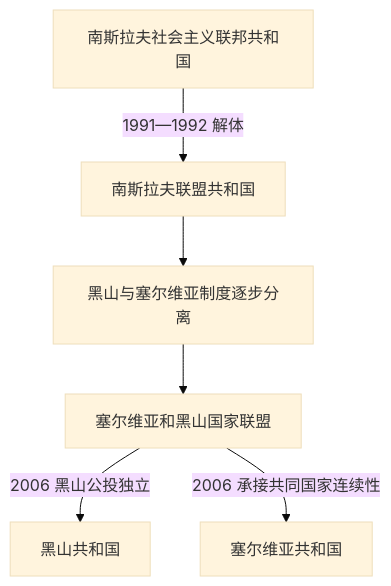
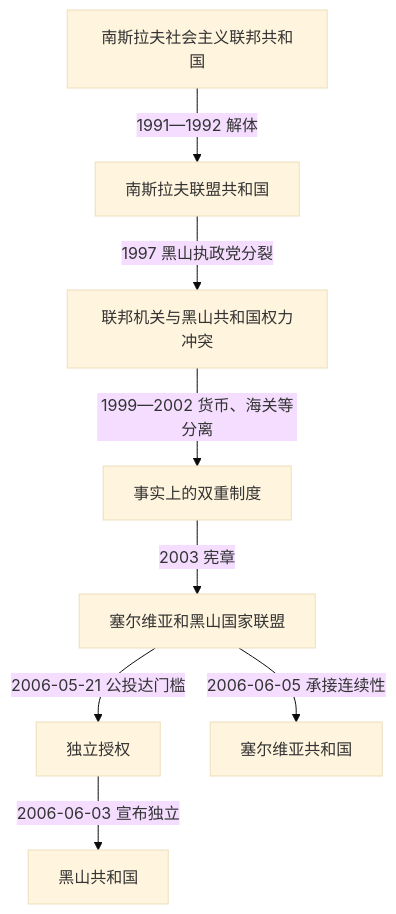
The diagram in 人文科学/历史/欧洲/东南欧与巴尔干/黑山/塞尔维亚和黑山及独立建国.md (tianlan-dev/learning-notes), drawn with Mermaid (base theme) before and after one commit. The commit also changed other lines of this file and 1417 other files, not shown here.

````diff
--- a/人文科学/历史/欧洲/东南欧与巴尔干/黑山/塞尔维亚和黑山及独立建国.md
+++ b/人文科学/历史/欧洲/东南欧与巴尔干/黑山/塞尔维亚和黑山及独立建国.md
@@ -35,8 +96,10 @@
 ```mermaid
 flowchart TD
     SFRY["南斯拉夫社会主义联邦共和国"] -->|"1991—1992 解体"| FRY["南斯拉夫联盟共和国"]
-    FRY --> Divergence["黑山与塞尔维亚制度逐步分离"]
-    Divergence --> StateUnion["塞尔维亚和黑山国家联盟"]
-    StateUnion -->|"2006 黑山公投独立"| Montenegro["黑山共和国"]
-    StateUnion -->|"2006 承接共同国家连续性"| Serbia["塞尔维亚共和国"]
+    FRY -->|"1997 黑山执政党分裂"| DualPower["联邦机关与黑山共和国权力冲突"]
+    DualPower -->|"1999—2002 货币、海关等分离"| DeFacto["事实上的双重制度"]
+    DeFacto -->|"2003 宪章"| StateUnion["塞尔维亚和黑山国家联盟"]
+    StateUnion -->|"2006-05-21 公投达门槛"| Referendum["独立授权"]
+    Referendum -->|"2006-06-03 宣布独立"| Montenegro["黑山共和国"]
+    StateUnion -->|"2006-06-05 承接连续性"| Serbia["塞尔维亚共和国"]
 ```
````
